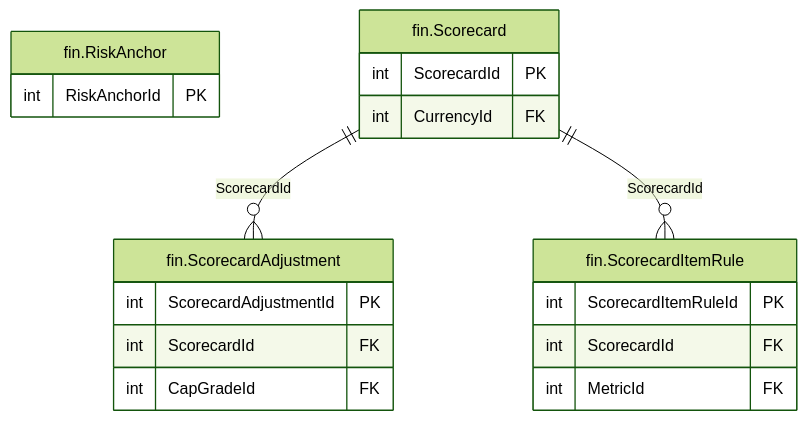
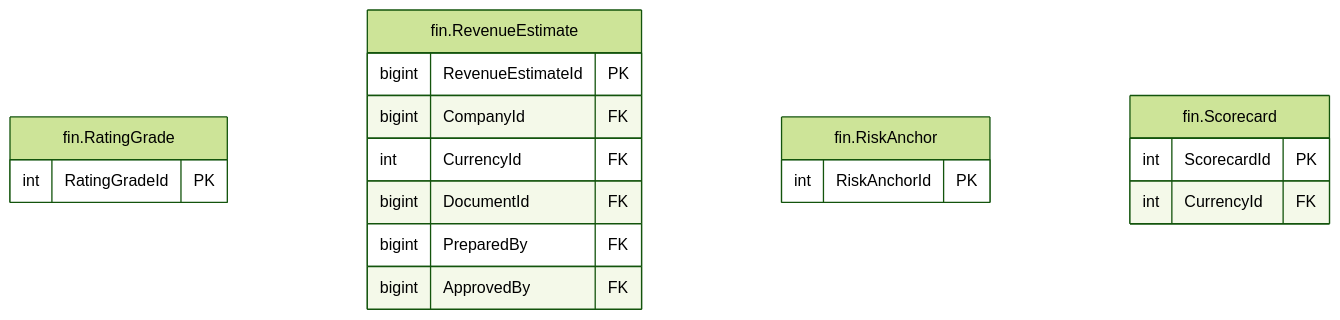
The diagram in treasury-platform/docs/diagrams/erd/m5_financials_10.mmd (thawrasy/smartlines), drawn with Mermaid (forest theme) before and after one commit. The commit also changed 126 other files, not shown here.

```diff
--- a/treasury-platform/docs/diagrams/erd/m5_financials_10.mmd
+++ b/treasury-platform/docs/diagrams/erd/m5_financials_10.mmd
@@ -1,21 +1,20 @@
 %% م5 · البيانات المالية والأرصدة (10/13) — Financial statements & balances
 erDiagram
+  fin_RatingGrade["fin.RatingGrade"] {
+    int RatingGradeId PK
+  }
+  fin_RevenueEstimate["fin.RevenueEstimate"] {
+    bigint RevenueEstimateId PK
+    bigint CompanyId FK
+    int CurrencyId FK
+    bigint DocumentId FK
+    bigint PreparedBy FK
+    bigint ApprovedBy FK
+  }
   fin_RiskAnchor["fin.RiskAnchor"] {
     int RiskAnchorId PK
   }
   fin_Scorecard["fin.Scorecard"] {
     int ScorecardId PK
     int CurrencyId FK
   }
-  fin_ScorecardAdjustment["fin.ScorecardAdjustment"] {
-    int ScorecardAdjustmentId PK
-    int ScorecardId FK
-    int CapGradeId FK
-  }
-  fin_ScorecardItemRule["fin.ScorecardItemRule"] {
-    int ScorecardItemRuleId PK
-    int ScorecardId FK
-    int MetricId FK
-  }
-  fin_Scorecard ||--o{ fin_ScorecardAdjustment : "ScorecardId"
-  fin_Scorecard ||--o{ fin_ScorecardItemRule : "ScorecardId"
```
